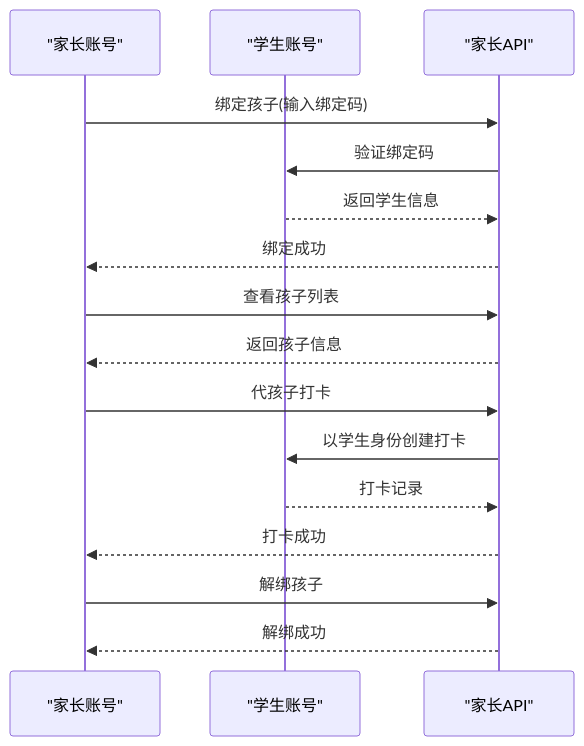
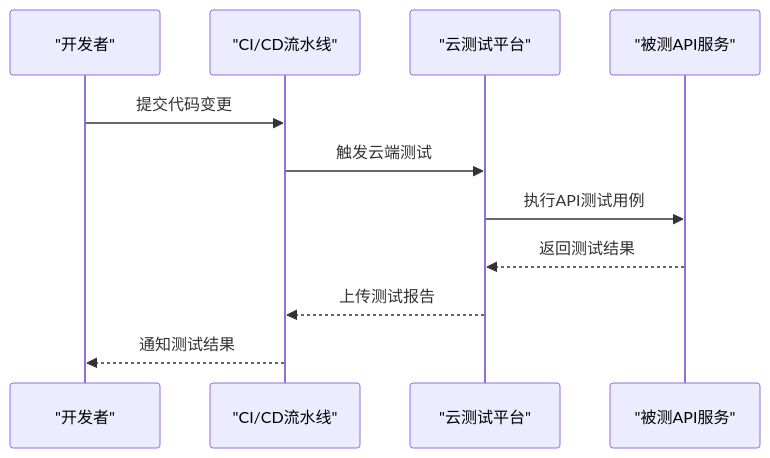
The third of 4 diagrams in .qoder/repowiki/zh/content/测试策略.md (onebody/homework), drawn with Mermaid before and after one commit. The commit also changed other lines of this file and 14 other files, not shown here.

````diff
--- a/.qoder/repowiki/zh/content/测试策略.md
+++ b/.qoder/repowiki/zh/content/测试策略.md
@@ -239,18 +110,13 @@
 ```mermaid
 sequenceDiagram
-participant Parent as "家长账号"
-participant Student as "学生账号"
-participant API as "家长API"
-Parent->>API : 绑定孩子(输入绑定码)
-API->>Student : 验证绑定码
-Student-->>API : 返回学生信息
-API-->>Parent : 绑定成功
-Parent->>API : 查看孩子列表
-API-->>Parent : 返回孩子信息
-Parent->>API : 代孩子打卡
-API->>Student : 以学生身份创建打卡
-Student-->>API : 打卡记录
-API-->>Parent : 打卡成功
-Parent->>API : 解绑孩子
-API-->>Parent : 解绑成功
+participant Dev as "开发者"
+participant CI as "CI/CD流水线"
+participant Cloud as "云测试平台"
+participant API as "被测API服务"
+Dev->>CI : 提交代码变更
+CI->>Cloud : 触发云端测试
+Cloud->>API : 执行API测试用例
+API-->>Cloud : 返回测试结果
+Cloud-->>CI : 上传测试报告
+CI-->>Dev : 通知测试结果
 ```
````
